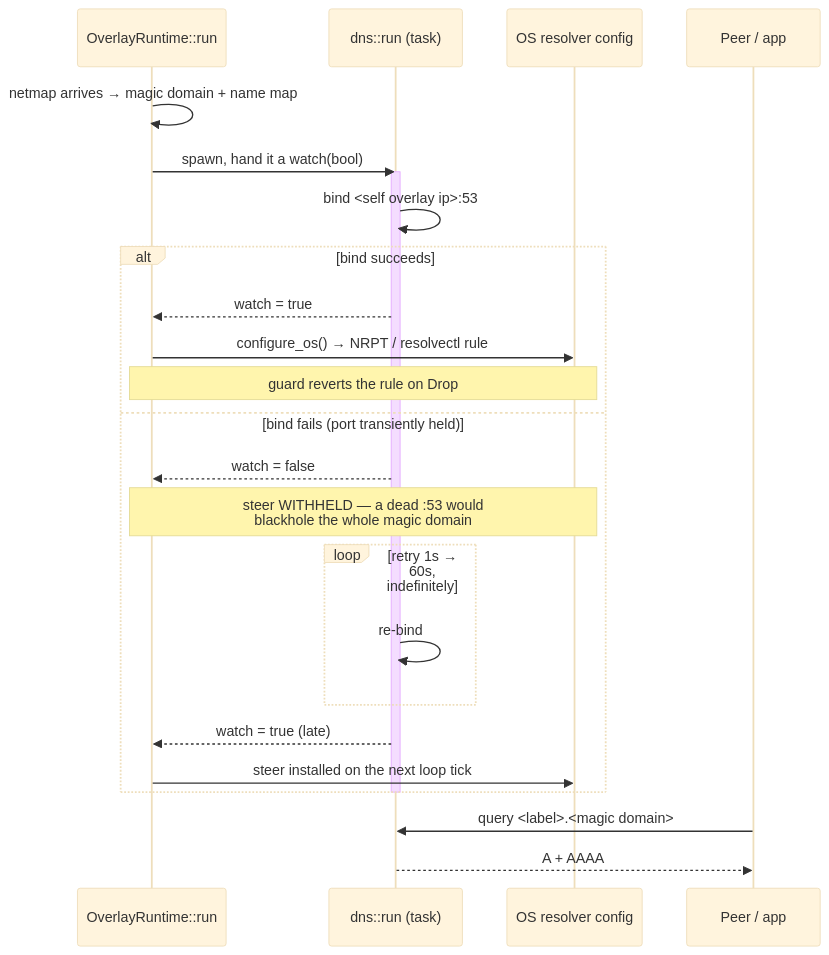
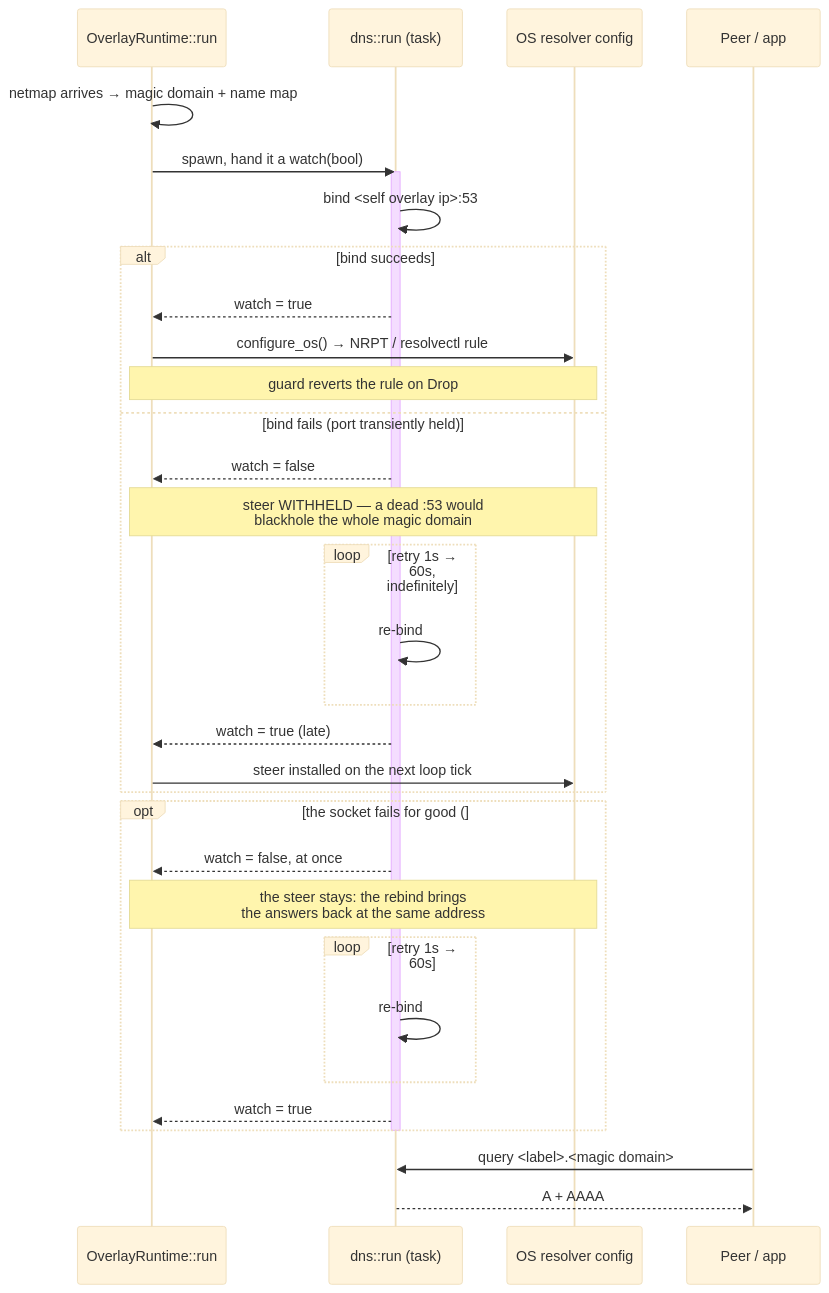
The first of 3 diagrams in docs/magicdns.md (gjovanov/roomler-ai), drawn with Mermaid (base theme) before and after one commit. The commit also changed other lines of this file and 11 other files, not shown here.

````diff
--- a/docs/magicdns.md
+++ b/docs/magicdns.md
@@ -43,28 +50,36 @@
 ```mermaid
 sequenceDiagram
     participant R as OverlayRuntime::run
     participant D as dns::run (task)
     participant OS as OS resolver config
     participant P as Peer / app
 
     R->>R: netmap arrives → magic domain + name map
     R->>D: spawn, hand it a watch(bool)
     activate D
     D->>D: bind <self overlay ip>:53
     alt bind succeeds
         D-->>R: watch = true
         R->>OS: configure_os() → NRPT / resolvectl rule
         Note over R,OS: guard reverts the rule on Drop
     else bind fails (port transiently held)
         D-->>R: watch = false
         Note over R,OS: steer WITHHELD — a dead :53 would<br/>blackhole the whole magic domain
         loop retry 1s → 60s, indefinitely
             D->>D: re-bind
         end
         D-->>R: watch = true (late)
         R->>OS: steer installed on the next loop tick
     end
+    opt the socket fails for good (#1363)
+        D-->>R: watch = false, at once
+        Note over R,OS: the steer stays: the rebind brings<br/>the answers back at the same address
+        loop retry 1s → 60s
+            D->>D: re-bind
+        end
+        D-->>R: watch = true
+    end
     deactivate D
     P->>D: query <label>.<magic domain>
     D-->>P: A + AAAA
 ```
````
